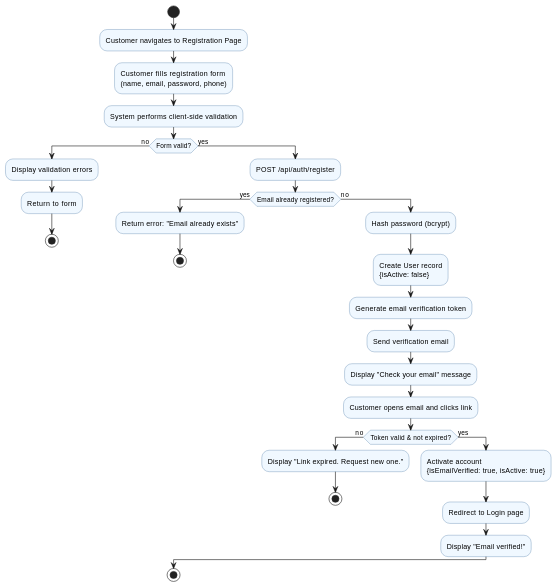
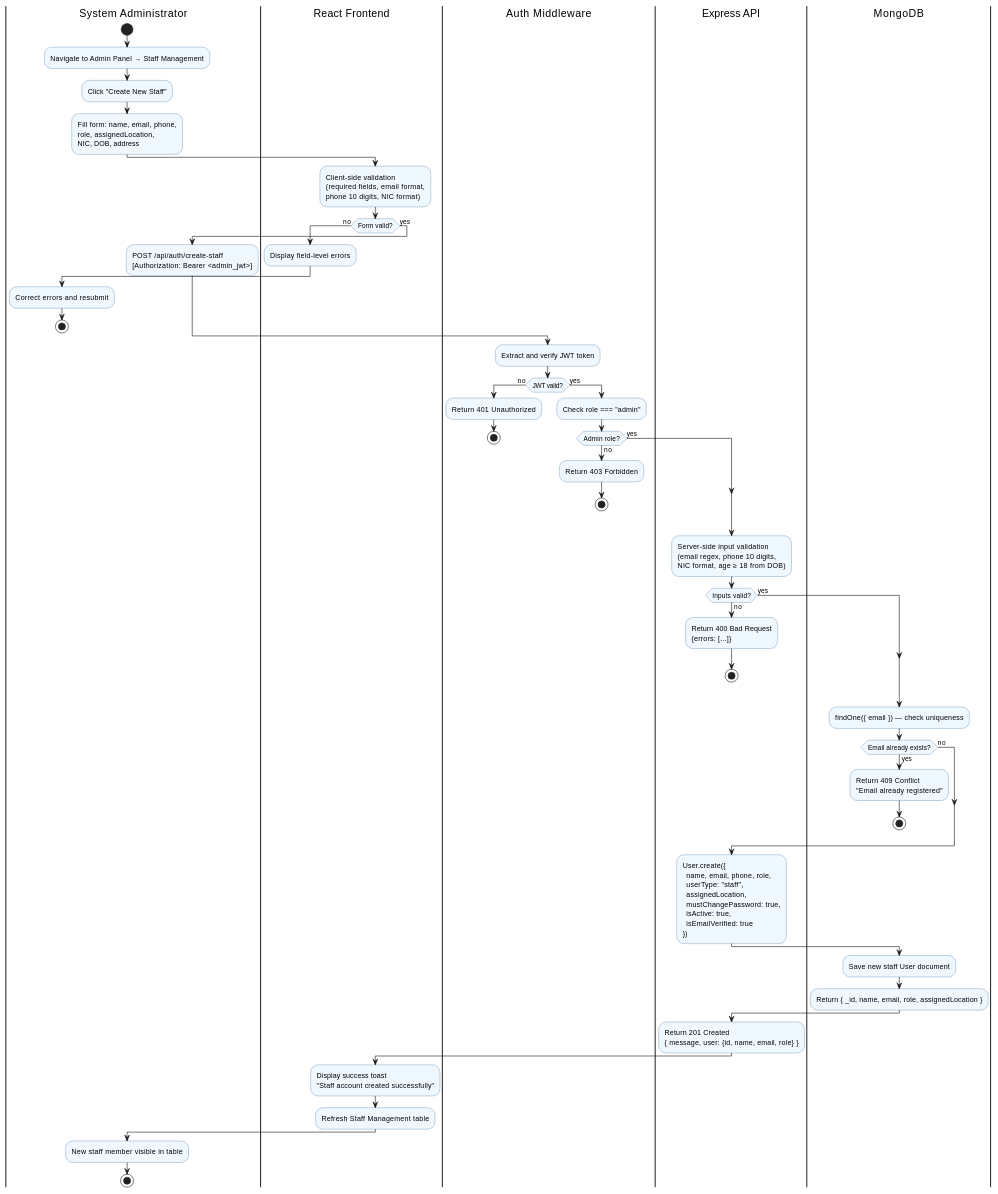
Before and after one commit to sarasithagalagama/methsara-publications-webstore: diagram 15 of 20 in docs/re-assignment/RE_Assignment_2_Report.md, drawn with PlantUML. The commit also changed other lines of this file, not shown here.

Commit message:
docs: Add initial Software Requirements Specification (SRS) document for Methsara Publications Webstore.

````diff
--- a/docs/re-assignment/RE_Assignment_2_Report.md
+++ b/docs/re-assignment/RE_Assignment_2_Report.md
@@ -910,42 +1112,78 @@
 ```plantuml
 @startuml
 skinparam activity {
   BackgroundColor #f0f8ff
   BorderColor #336699
 }
+skinparam partition {
+  BorderColor #336699
+  FontStyle bold
+}
 
+|System Administrator|
 start
-:Customer navigates to Registration Page;
-:Customer fills registration form\n(name, email, password, phone);
-:System performs client-side validation;
+:Navigate to Admin Panel → Staff Management;
+:Click "Create New Staff";
+:Fill form: name, email, phone,\nrole, assignedLocation,\nNIC, DOB, address;
 
+|React Frontend|
+:Client-side validation\n(required fields, email format,\nphone 10 digits, NIC format);
 if (Form valid?) then (no)
-  :Display validation errors;
-  :Return to form;
+  :Display field-level errors;
+  |System Administrator|
+  :Correct errors and resubmit;
   stop
 else (yes)
-  :POST /api/auth/register;
-  if (Email already registered?) then (yes)
-    :Return error: "Email already exists";
+  :POST /api/auth/create-staff\n[Authorization: Bearer <admin_jwt>];
+endif
+
+|Auth Middleware|
+:Extract and verify JWT token;
+if (JWT valid?) then (no)
+  :Return 401 Unauthorized;
+  stop
+else (yes)
+  :Check role === "admin";
+  if (Admin role?) then (no)
+    :Return 403 Forbidden;
     stop
-  else (no)
-    :Hash password (bcrypt);
-    :Create User record\n{isActive: false};
-    :Generate email verification token;
-    :Send verification email;
-    :Display "Check your email" message;
-    :Customer opens email and clicks link;
-    if (Token valid & not expired?) then (no)
-      :Display "Link expired. Request new one.";
-      stop
-    else (yes)
-      :Activate account\n{isEmailVerified: true, isActive: true};
-      :Redirect to Login page;
-      :Display "Email verified!";
-    endif
+  else (yes)
   endif
 endif
+
+|Express API|
+:Server-side input validation\n(email regex, phone 10 digits,\nNIC format, age ≥ 18 from DOB);
+if (Inputs valid?) then (no)
+  :Return 400 Bad Request\n{errors: [...]};
+  stop
+else (yes)
+endif
+
+|MongoDB|
+:findOne({ email }) — check uniqueness;
+if (Email already exists?) then (yes)
+  :Return 409 Conflict\n"Email already registered";
+  stop
+else (no)
+endif
+
+|Express API|
+:User.create({\n  name, email, phone, role,\n  userType: "staff",\n  assignedLocation,\n  mustChangePassword: true,\n  isActive: true,\n  isEmailVerified: true\n});
+
+|MongoDB|
+:Save new staff User document;
+:Return { _id, name, email, role, assignedLocation };
+
+|Express API|
+:Return 201 Created\n{ message, user: {id, name, email, role} };
+
+|React Frontend|
+:Display success toast\n"Staff account created successfully";
+:Refresh Staff Management table;
+
+|System Administrator|
+:New staff member visible in table;
 stop
 
 @enduml
 ```
````
